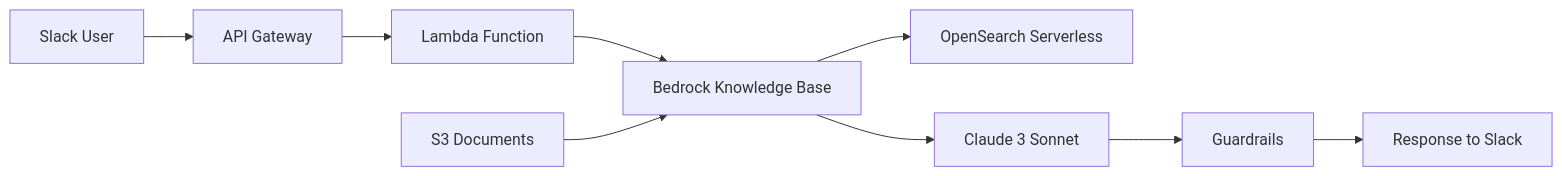
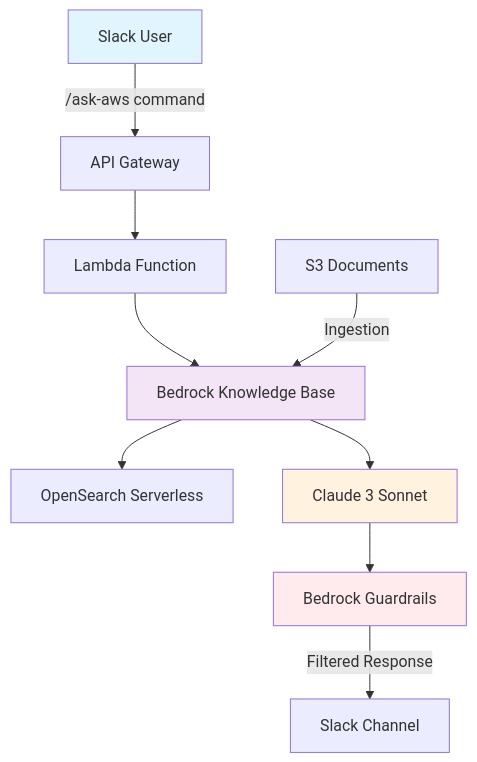
One commit to AI-Assistant-Chatbot/AI-Assistant-Chatbot changed the diagram in README.md. Above: the diagram before and after it, drawn with Mermaid. The commit also changed other lines of this file and 144 other files, not shown here.

````diff
--- a/README.md
+++ b/README.md
@@ -30,11 +30,16 @@
 ```mermaid
-graph LR
-    A[Slack User] --> B[API Gateway]
+graph TB
+    A[Slack User] -->|/ask-aws command| B[API Gateway]
     B --> C[Lambda Function]
     C --> D[Bedrock Knowledge Base]
     D --> E[OpenSearch Serverless]
     D --> F[Claude 3 Sonnet]
-    G[S3 Documents] --> D
-    F --> H[Guardrails]
-    H --> I[Response to Slack]
+    G[S3 Documents] -->|Ingestion| D
+    F --> H[Bedrock Guardrails]
+    H -->|Filtered Response| I[Slack Channel]
+    
+    style A fill:#e1f5fe
+    style D fill:#f3e5f5
+    style F fill:#fff3e0
+    style H fill:#ffebee
 ```
````
